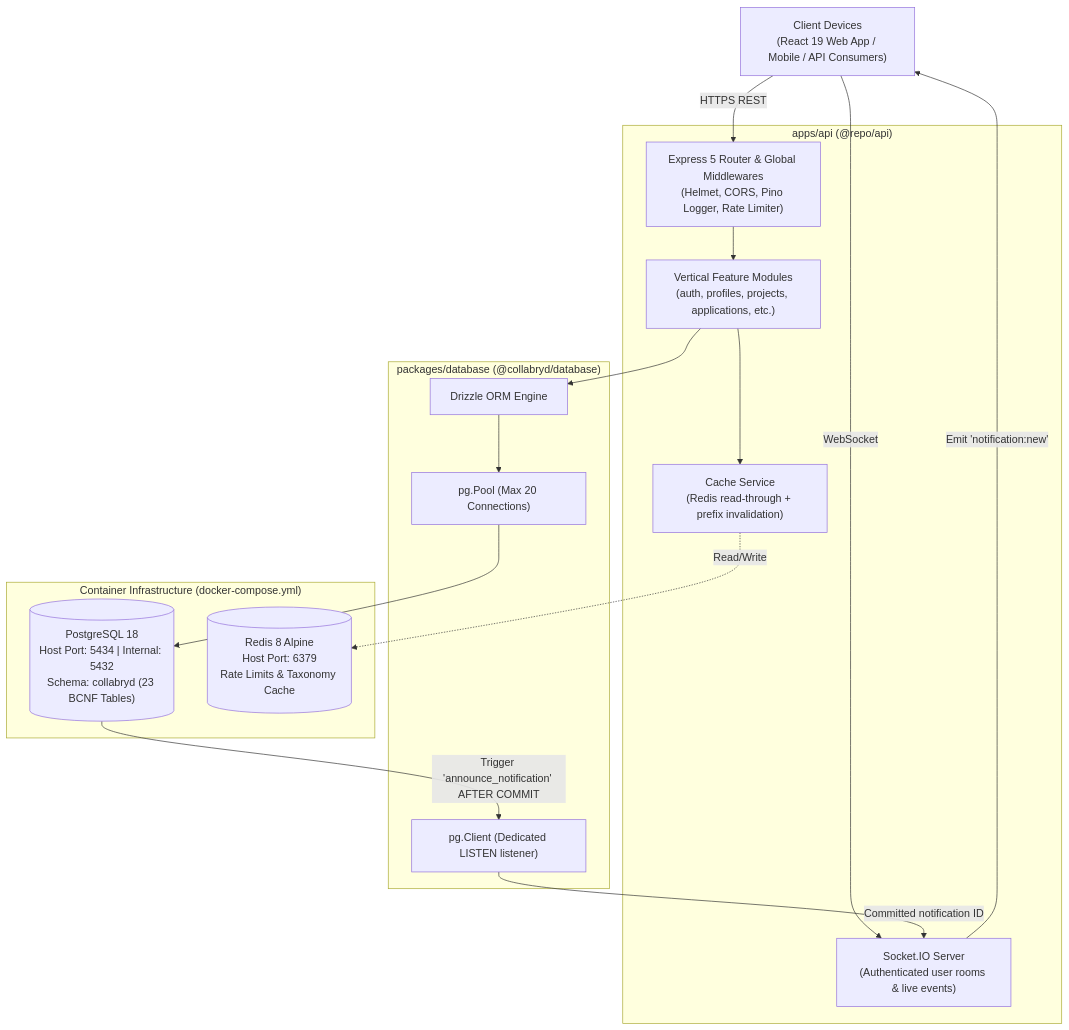
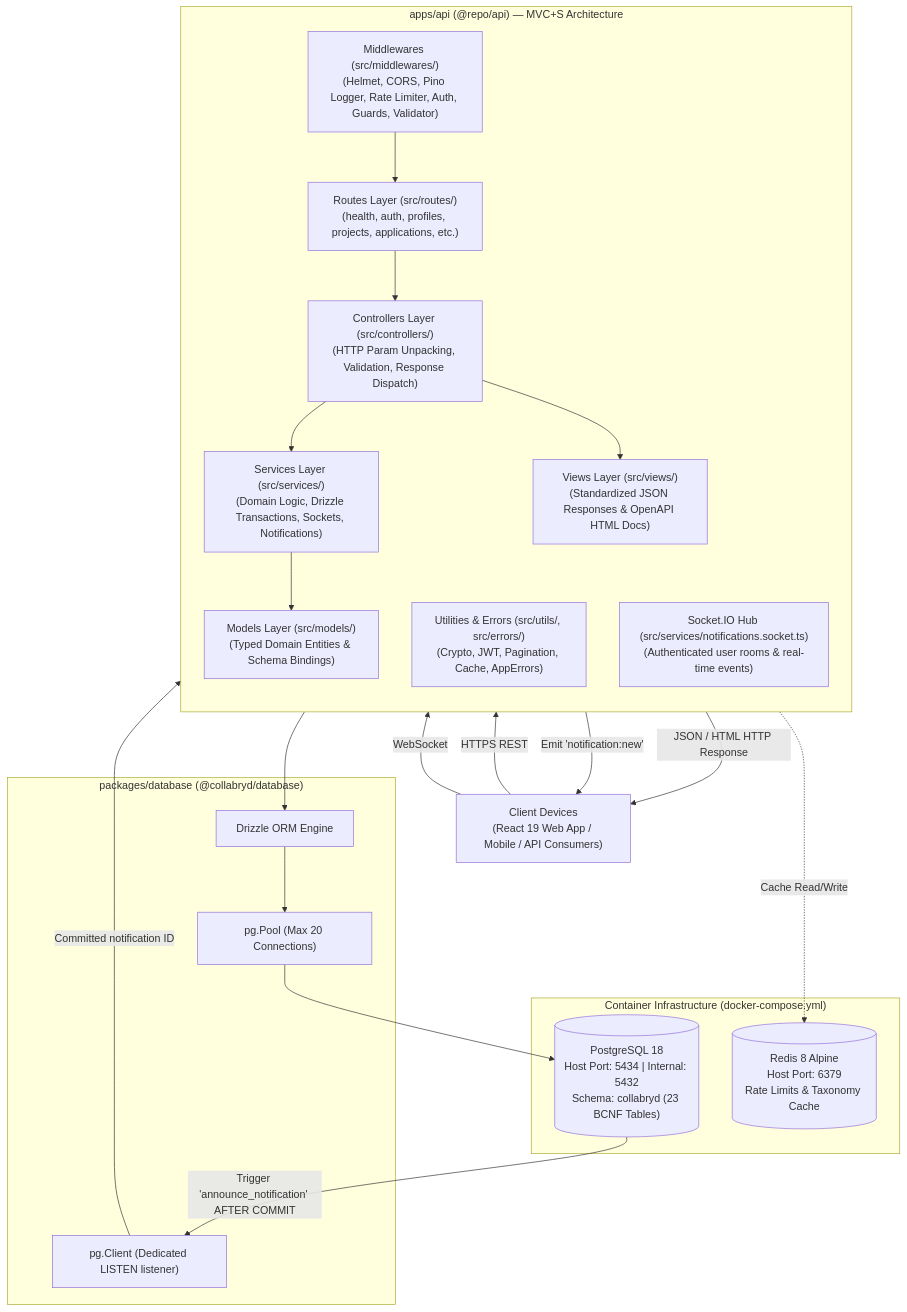
Before and after one commit to khanakjain511/Collabryd: the first of 4 diagrams in docs/BACKEND_ARCHITECTURE.md, drawn with Mermaid. The commit also changed other lines of this file and 135 other files, not shown here.

Commit message:
refactor(api): remodel backend from modular monolith to MVC architecture and update architecture docs

````diff
--- a/docs/BACKEND_ARCHITECTURE.md
+++ b/docs/BACKEND_ARCHITECTURE.md
@@ -33,34 +33,43 @@
 ```mermaid
 flowchart TD
     Client["Client Devices\n(React 19 Web App / Mobile / API Consumers)"]
 
-    subgraph Backend ["apps/api (@repo/api)"]
-        Router["Express 5 Router & Global Middlewares\n(Helmet, CORS, Pino Logger, Rate Limiter)"]
-        Modules["Vertical Feature Modules\n(auth, profiles, projects, applications, etc.)"]
-        SocketHub["Socket.IO Server\n(Authenticated user rooms & live events)"]
-        Cache["Cache Service\n(Redis read-through + prefix invalidation)"]
+    subgraph Backend ["apps/api (@repo/api) — MVC+S Architecture"]
+        direction TB
+        Middlewares["Middlewares (src/middlewares/)\n(Helmet, CORS, Pino Logger, Rate Limiter, Auth, Guards, Validator)"]
+        Router["Routes Layer (src/routes/)\n(health, auth, profiles, projects, applications, etc.)"]
+        Controllers["Controllers Layer (src/controllers/)\n(HTTP Param Unpacking, Validation, Response Dispatch)"]
+        Views["Views Layer (src/views/)\n(Standardized JSON Responses & OpenAPI HTML Docs)"]
+        Services["Services Layer (src/services/)\n(Domain Logic, Drizzle Transactions, Sockets, Notifications)"]
+        Models["Models Layer (src/models/)\n(Typed Domain Entities & Schema Bindings)"]
+        Utils["Utilities & Errors (src/utils/, src/errors/)\n(Crypto, JWT, Pagination, Cache, AppErrors)"]
+        SocketHub["Socket.IO Hub (src/services/notifications.socket.ts)\n(Authenticated user rooms & real-time events)"]
     end
 
     subgraph DatabasePackage ["packages/database (@collabryd/database)"]
         Drizzle["Drizzle ORM Engine"]
         Pool["pg.Pool (Max 20 Connections)"]
         Listener["pg.Client (Dedicated LISTEN listener)"]
     end
 
     subgraph Infrastructure ["Container Infrastructure (docker-compose.yml)"]
         PG[("PostgreSQL 18\nHost Port: 5434 | Internal: 5432\nSchema: collabryd (23 BCNF Tables)")]
         RedisDB[("Redis 8 Alpine\nHost Port: 6379\nRate Limits & Taxonomy Cache")]
     end
 
-    Client -->|HTTPS REST| Router
+    Client -->|HTTPS REST| Middlewares
     Client -->|WebSocket| SocketHub
-    Router --> Modules
-    Modules --> Cache
-    Cache -.->|Read/Write| RedisDB
-    Modules --> Drizzle
+    Middlewares --> Router
+    Router --> Controllers
+    Controllers --> Services
+    Controllers --> Views
+    Views -->|JSON / HTML HTTP Response| Client
+    Services --> Models
+    Services -.->|Cache Read/Write| RedisDB
+    Models --> Drizzle
     Drizzle --> Pool
     Pool --> PG
     PG -->|Trigger 'announce_notification' AFTER COMMIT| Listener
     Listener -->|Committed notification ID| SocketHub
     SocketHub -->|Emit 'notification:new'| Client
 ```
````
